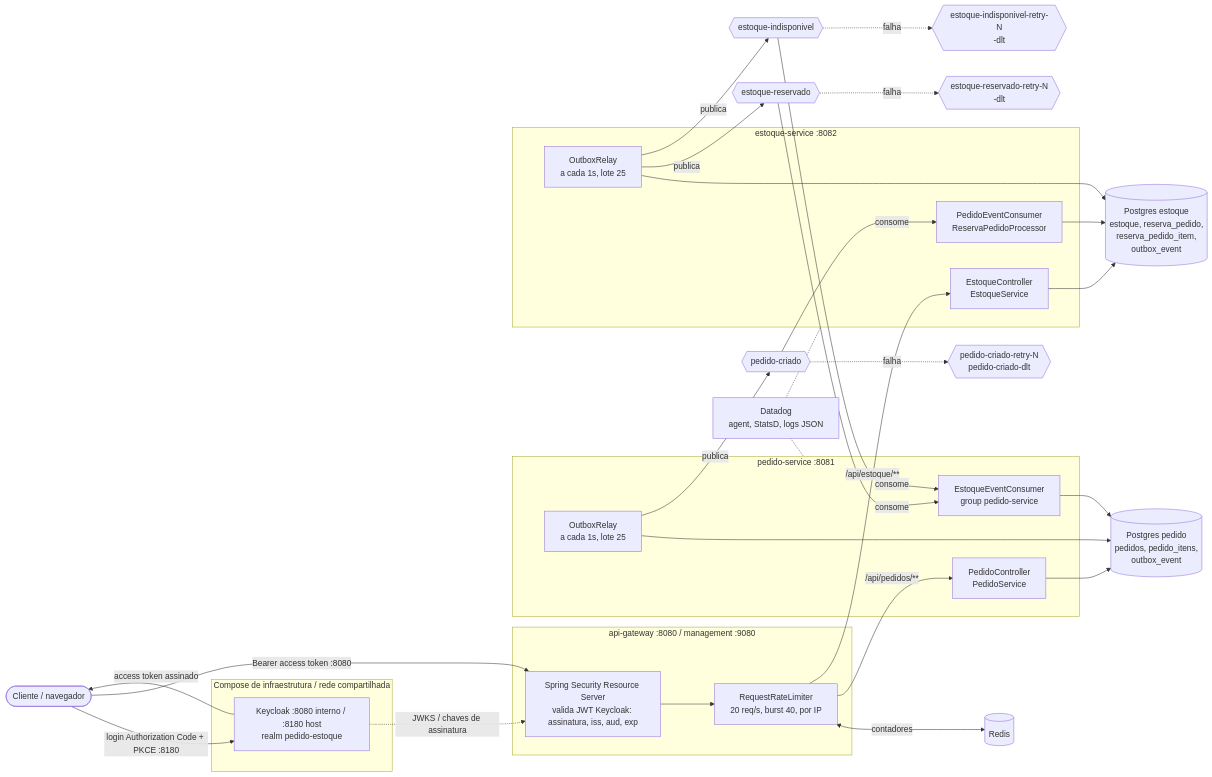
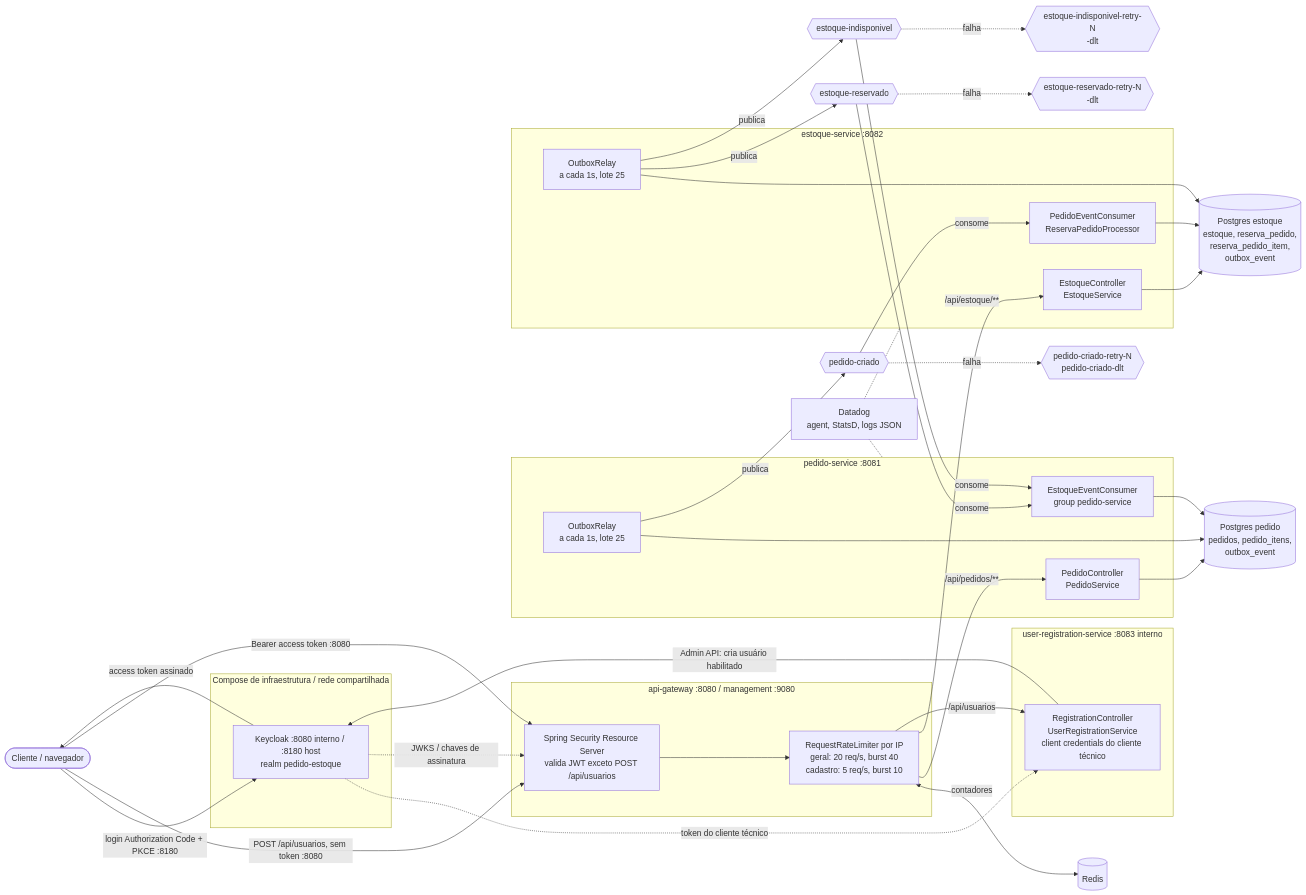
Before and after one commit to rodrigonascimento001/pedido-estoque-system-app: the first of 7 diagrams in docs/arquitetura.md, drawn with Mermaid. The commit also changed other lines of this file and 38 other files, not shown here.

Commit message:
feat: add public user registration with Keycloak

````diff
--- a/docs/arquitetura.md
+++ b/docs/arquitetura.md
@@ -9,43 +9,50 @@
 ```mermaid
 flowchart LR
   C([Cliente / navegador]) -->|"login Authorization Code + PKCE :8180"| KC
   KC -->|"access token assinado"| C
+  C -->|"POST /api/usuarios, sem token :8080"| GW
   C -->|"Bearer access token :8080"| GW
   subgraph GWB["api-gateway :8080 / management :9080"]
-    GW["Spring Security Resource Server<br/>valida JWT Keycloak: assinatura, iss, aud, exp"] --> RL["RequestRateLimiter<br/>20 req/s, burst 40, por IP"]
+    GW["Spring Security Resource Server<br/>valida JWT exceto POST /api/usuarios"] --> RL["RequestRateLimiter por IP<br/>geral: 20 req/s, burst 40<br/>cadastro: 5 req/s, burst 10"]
   end
   RL <-->|"contadores"| R[("Redis")]
   RL -->|"/api/pedidos/**"| PS
   RL -->|"/api/estoque/**"| ES
   subgraph INFRA["Compose de infraestrutura / rede compartilhada"]
     KC["Keycloak :8080 interno / :8180 host<br/>realm pedido-estoque"]
   end
+  subgraph RSB["user-registration-service :8083 interno"]
+    RS["RegistrationController<br/>UserRegistrationService<br/>client credentials do cliente técnico"]
+  end
+  RL -->|"/api/usuarios"| RS
+  RS -->|"Admin API: cria usuário habilitado"| KC
+  KC -.->|"token do cliente técnico"| RS
   KC -.->|"JWKS / chaves de assinatura"| GW
   subgraph PSB["pedido-service :8081"]
     PS["PedidoController<br/>PedidoService"]
     PO["OutboxRelay<br/>a cada 1s, lote 25"]
     PC["EstoqueEventConsumer<br/>group pedido-service"]
   end
   subgraph ESB["estoque-service :8082"]
     ES["EstoqueController<br/>EstoqueService"]
     EC["PedidoEventConsumer<br/>ReservaPedidoProcessor"]
     EO["OutboxRelay<br/>a cada 1s, lote 25"]
   end
   PS --> PDB[("Postgres pedido<br/>pedidos, pedido_itens,<br/>outbox_event")]
   PO --> PDB
   PC --> PDB
   ES --> EDB[("Postgres estoque<br/>estoque, reserva_pedido,<br/>reserva_pedido_item,<br/>outbox_event")]
   EC --> EDB
   EO --> EDB
   PO -->|"publica"| T1{{"pedido-criado"}}
   T1 -->|"consome"| EC
   EO -->|"publica"| T2{{"estoque-reservado"}}
   EO -->|"publica"| T3{{"estoque-indisponivel"}}
   T2 -->|"consome"| PC
   T3 -->|"consome"| PC
   T1 -.->|"falha"| D1{{"pedido-criado-retry-N<br/>pedido-criado-dlt"}}
   T2 -.->|"falha"| D2{{"estoque-reservado-retry-N<br/>-dlt"}}
   T3 -.->|"falha"| D3{{"estoque-indisponivel-retry-N<br/>-dlt"}}
   DD["Datadog<br/>agent, StatsD, logs JSON"] -.- PSB
   DD -.- ESB
 ```
````
